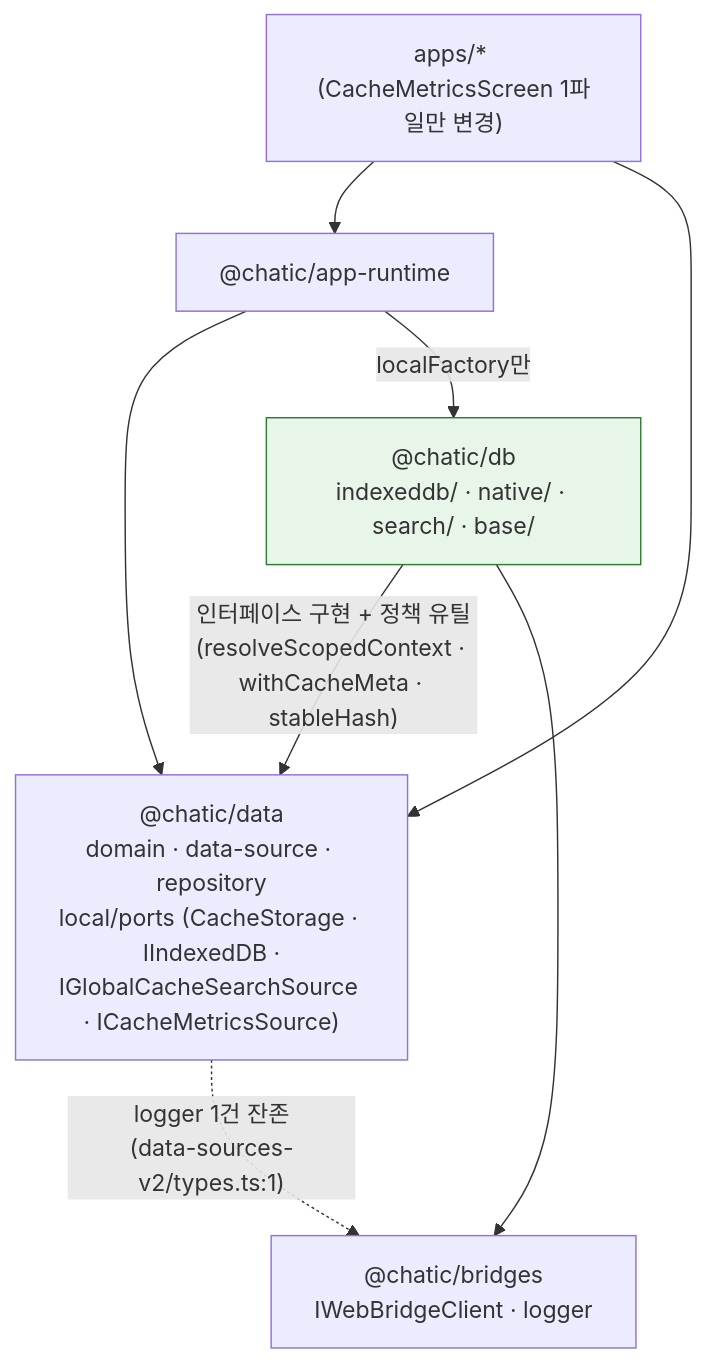
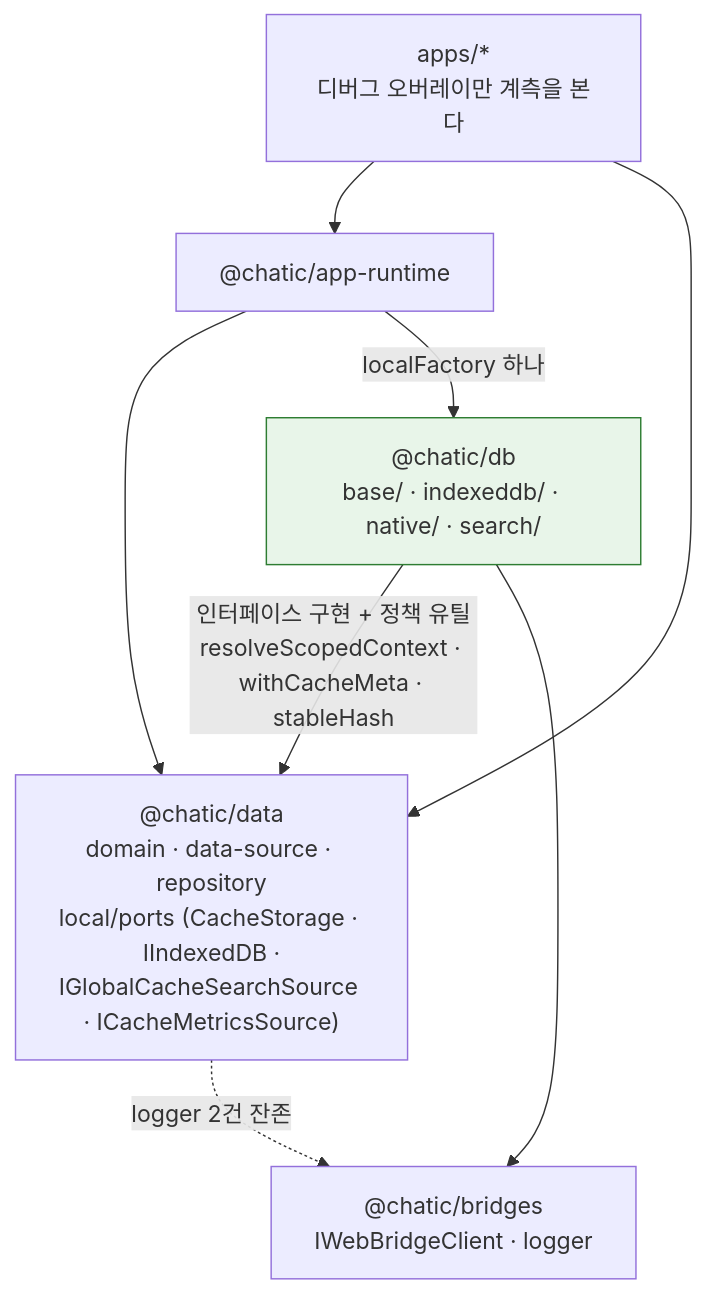
One commit to lemoncloud-io/dou-app changed the first of 2 diagrams in libs/db/docs/architecture.md. Above: the diagram before and after it, drawn with Mermaid. The commit also changed other lines of this file and 39 other files, not shown here.

````diff
--- a/libs/db/docs/architecture.md
+++ b/libs/db/docs/architecture.md
@@ -113,12 +84,12 @@
 ```mermaid
 graph TD
-    A["apps/* (CacheMetricsScreen 1파일만 변경)"] --> RT["@chatic/app-runtime"]
+    A["apps/*<br/>디버그 오버레이만 계측을 본다"] --> RT["@chatic/app-runtime"]
     A --> D["@chatic/data<br/>domain · data-source · repository<br/>local/ports (CacheStorage · IIndexedDB ·<br/>IGlobalCacheSearchSource · ICacheMetricsSource)"]
     RT --> D
-    RT -->|"localFactory만"| DB["@chatic/db<br/>indexeddb/ · native/ · search/ · base/"]
-    DB -->|"인터페이스 구현 + 정책 유틸<br/>(resolveScopedContext · withCacheMeta · stableHash)"| D
+    RT -->|"localFactory 하나"| DB["@chatic/db<br/>base/ · indexeddb/ · native/ · search/"]
+    DB -->|"인터페이스 구현 + 정책 유틸<br/>resolveScopedContext · withCacheMeta · stableHash"| D
     DB --> BR["@chatic/bridges<br/>IWebBridgeClient · logger"]
-    D -.->|"logger 1건 잔존<br/>(data-sources-v2/types.ts:1)"| BR
+    D -.->|"logger 2건 잔존"| BR
 
     style DB fill:#e8f5e9,stroke:#2e7d32
 ```
````
